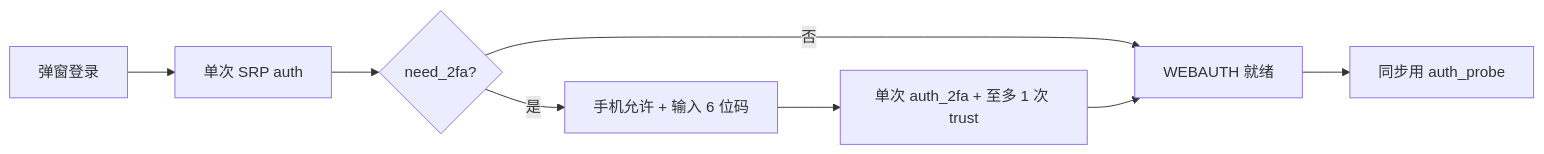
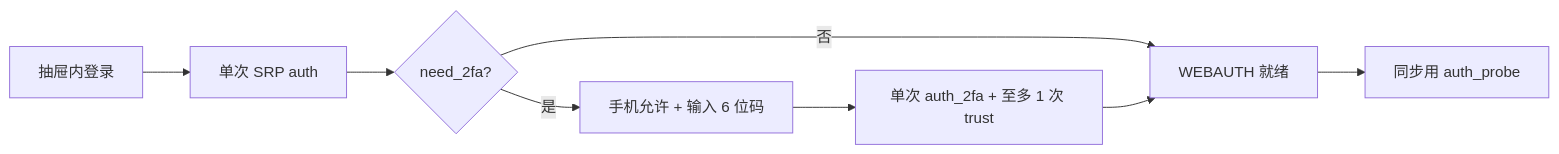
Before and after one commit to cz6c/ll-admin: the first of 3 diagrams in apps/admin/src/views/album/loginFlow.md, drawn with Mermaid. The commit also changed other lines of this file and 27 other files, not shown here.

````diff
--- a/apps/admin/src/views/album/loginFlow.md
+++ b/apps/admin/src/views/album/loginFlow.md
@@ -15,10 +15,10 @@
 ```mermaid
 flowchart LR
-  A[弹窗登录] --> B[单次 SRP auth]
+  A[抽屉内登录] --> B[单次 SRP auth]
   B --> C{need_2fa?}
   C -->|否| D[WEBAUTH 就绪]
   C -->|是| E[手机允许 + 输入 6 位码]
   E --> F[单次 auth_2fa + 至多 1 次 trust]
   F --> D
   D --> G[同步用 auth_probe]
 ```
````
